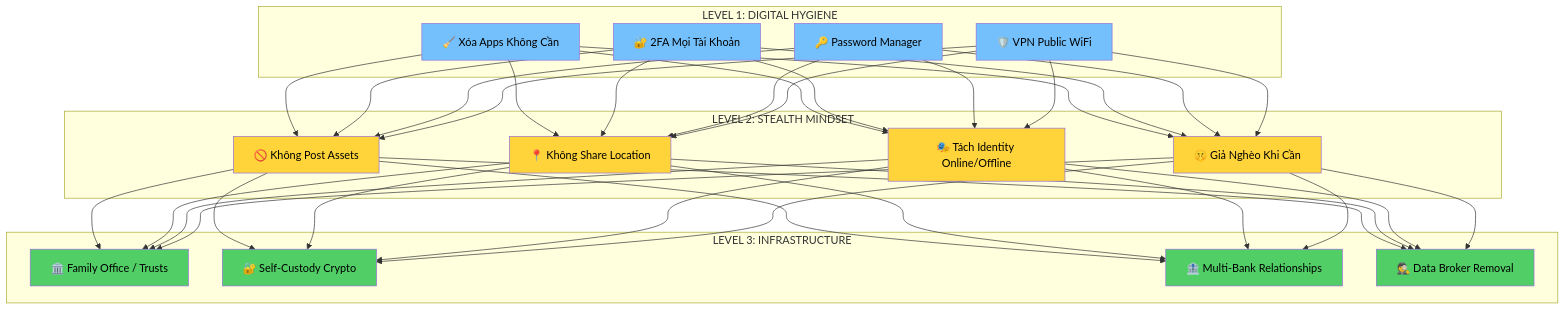
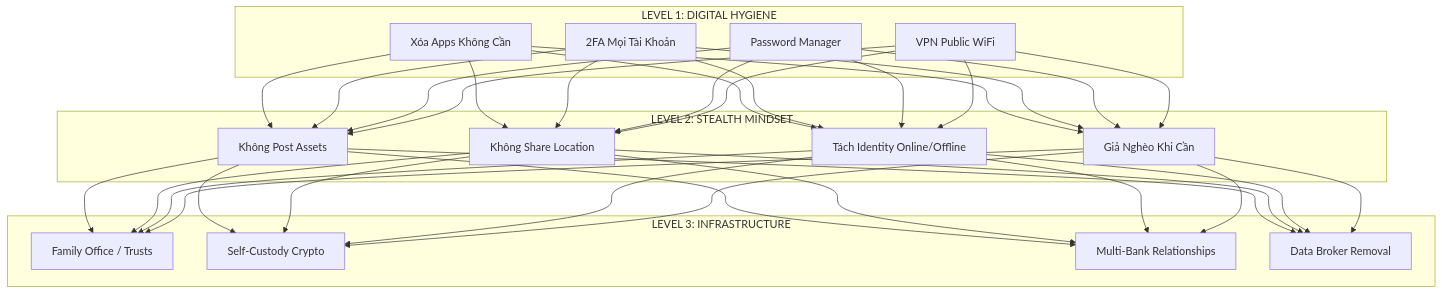
The fourth of 4 diagrams in mental-models/Privacy Is The New Wealth.md (dyukahi/knowledge), drawn with Mermaid before and after one commit. The commit also changed other lines of this file, not shown here.

Commit message:
Fix: Remove colors and emojis from mermaid diagrams

````diff
--- a/mental-models/Privacy Is The New Wealth.md
+++ b/mental-models/Privacy Is The New Wealth.md
@@ -238,39 +223,26 @@
 ```mermaid
 graph TD
     subgraph "LEVEL 1: DIGITAL HYGIENE"
-        A1[🧹 Xóa Apps Không Cần]
-        A2[🔐 2FA Mọi Tài Khoản]
-        A3[🔑 Password Manager]
-        A4[🛡️ VPN Public WiFi]
+        A1[Xóa Apps Không Cần]
+        A2[2FA Mọi Tài Khoản]
+        A3[Password Manager]
+        A4[VPN Public WiFi]
     end
     
     subgraph "LEVEL 2: STEALTH MINDSET"
-        B1[🚫 Không Post Assets]
-        B2[📍 Không Share Location]
-        B3[🎭 Tách Identity Online/Offline]
-        B4[🤫 Giả Nghèo Khi Cần]
+        B1[Không Post Assets]
+        B2[Không Share Location]
+        B3[Tách Identity Online/Offline]
+        B4[Giả Nghèo Khi Cần]
     end
     
     subgraph "LEVEL 3: INFRASTRUCTURE"
-        C1[🏛️ Family Office / Trusts]
-        C2[🔐 Self-Custody Crypto]
-        C3[🏦 Multi-Bank Relationships]
-        C4[🕵️ Data Broker Removal]
+        C1[Family Office / Trusts]
+        C2[Self-Custody Crypto]
+        C3[Multi-Bank Relationships]
+        C4[Data Broker Removal]
     end
     
     A1 & A2 & A3 & A4 --> B1 & B2 & B3 & B4
     B1 & B2 & B3 & B4 --> C1 & C2 & C3 & C4
-    
-    style A1 fill:#74c0fc,color:#000
-    style A2 fill:#74c0fc,color:#000
-    style A3 fill:#74c0fc,color:#000
-    style A4 fill:#74c0fc,color:#000
-    style B1 fill:#ffd43b,color:#000
-    style B2 fill:#ffd43b,color:#000
-    style B3 fill:#ffd43b,color:#000
-    style B4 fill:#ffd43b,color:#000
-    style C1 fill:#51cf66,color:#000
-    style C2 fill:#51cf66,color:#000
-    style C3 fill:#51cf66,color:#000
-    style C4 fill:#51cf66,color:#000
 ```
````
